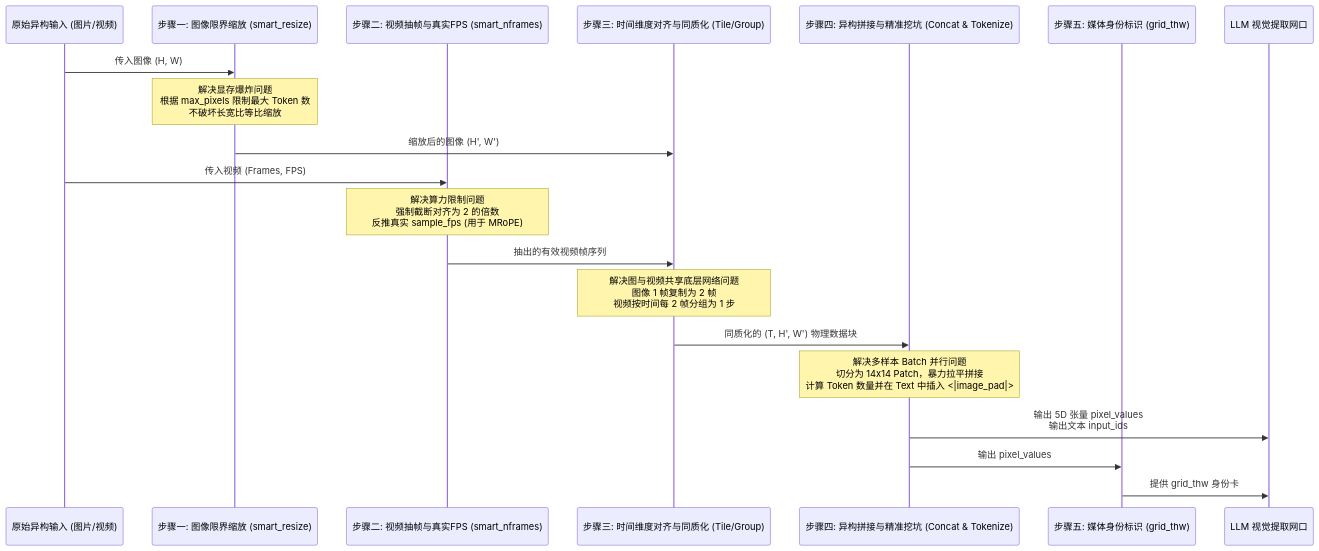
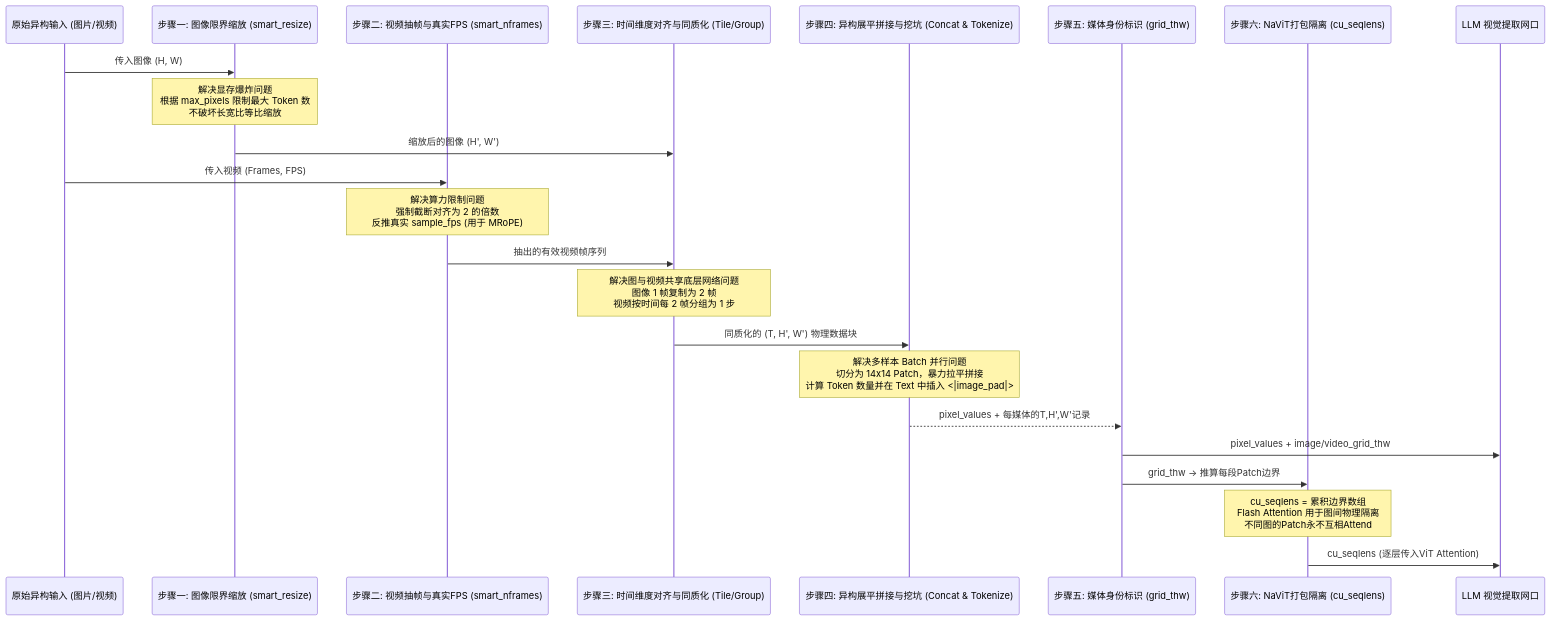
The diagram in wiki/concepts/qwen2.5_vl_预处理流水线.md (pokemonAndCodeMaster/llm_knowledge_base), drawn with Mermaid before and after one commit. The commit also changed other lines of this file, not shown here.

````diff
--- a/wiki/concepts/qwen2.5_vl_预处理流水线.md
+++ b/wiki/concepts/qwen2.5_vl_预处理流水线.md
@@ -20,27 +20,29 @@
 ```mermaid
 sequenceDiagram
     participant Raw as 原始异构输入 (图片/视频)
     participant Step1 as 步骤一: 图像限界缩放 (smart_resize)
     participant Step2 as 步骤二: 视频抽帧与真实FPS (smart_nframes)
     participant Step3 as 步骤三: 时间维度对齐与同质化 (Tile/Group)
-    participant Step4 as 步骤四: 异构拼接与精准挖坑 (Concat & Tokenize)
+    participant Step4 as 步骤四: 异构展平拼接与挖坑 (Concat & Tokenize)
     participant Step5 as 步骤五: 媒体身份标识 (grid_thw)
+    participant Step6 as 步骤六: NaViT打包隔离 (cu_seqlens)
     participant LLM as LLM 视觉提取网口
     
     Raw->>Step1: 传入图像 (H, W)
     Note over Step1: 解决显存爆炸问题<br/>根据 max_pixels 限制最大 Token 数<br/>不破坏长宽比等比缩放
     Step1->>Step3: 缩放后的图像 (H', W')
     
     Raw->>Step2: 传入视频 (Frames, FPS)
     Note over Step2: 解决算力限制问题<br/>强制截断对齐为 2 的倍数<br/>反推真实 sample_fps (用于 MRoPE)
     Step2->>Step3: 抽出的有效视频帧序列
     
     Note over Step3: 解决图与视频共享底层网络问题<br/>图像 1 帧复制为 2 帧<br/>视频按时间每 2 帧分组为 1 步
     Step3->>Step4: 同质化的 (T, H', W') 物理数据块
     
     Note over Step4: 解决多样本 Batch 并行问题<br/>切分为 14x14 Patch，暴力拉平拼接<br/>计算 Token 数量并在 Text 中插入 <|image_pad|>
-    Step4->>LLM: 输出 5D 张量 pixel_values<br/>输出文本 input_ids
-
-    Step4->>Step5: 输出 pixel_values
-    Step5->>LLM: 提供 grid_thw 身份卡
+    Step4-->>Step5: pixel_values + 每媒体的T,H',W'记录
+    Step5->>LLM: pixel_values + image/video_grid_thw
+    Step5->>Step6: grid_thw → 推算每段Patch边界
+    Note over Step6: cu_seqlens = 累积边界数组<br/>Flash Attention 用于图间物理隔离<br/>不同图的Patch永不互相Attend
+    Step6->>LLM: cu_seqlens (逐层传入ViT Attention)
 ```
````
